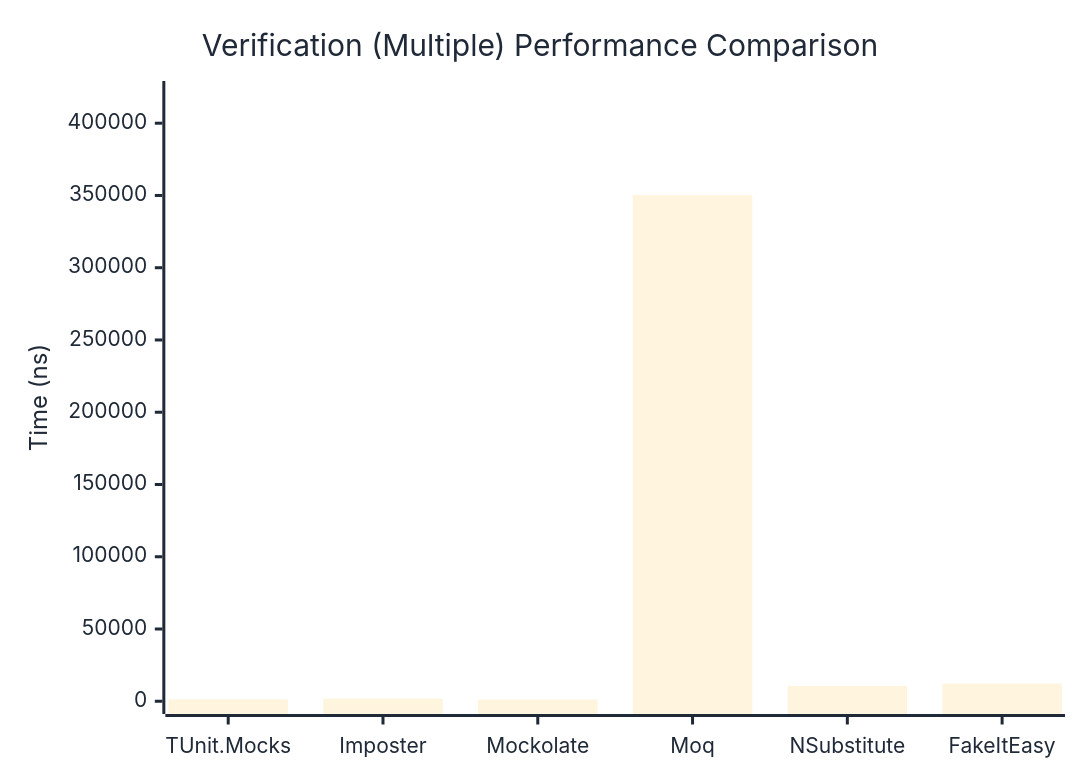
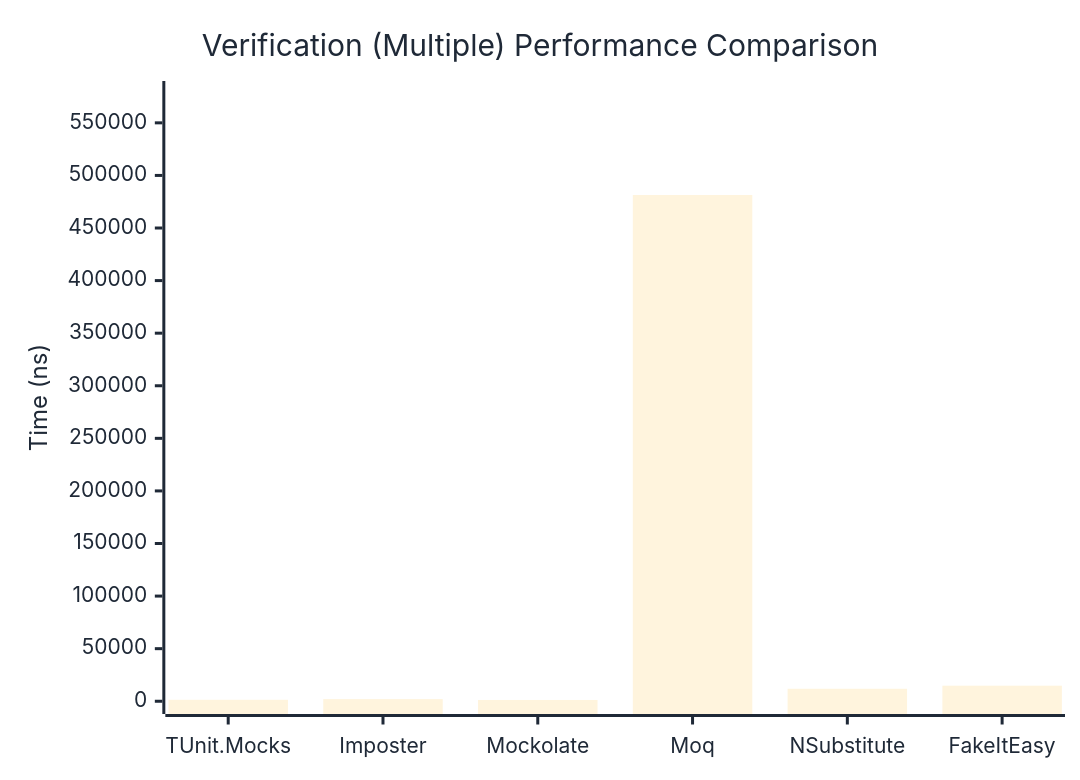
One commit to thomhurst/TUnit changed the third of 3 diagrams in docs/docs/benchmarks/mocks/Verification.md. Above: the diagram before and after it, drawn with Mermaid. The commit also changed other lines of this file and 14 other files, not shown here.

````diff
--- a/docs/docs/benchmarks/mocks/Verification.md
+++ b/docs/docs/benchmarks/mocks/Verification.md
@@ -112,27 +112,27 @@
 ```mermaid
 %%{init: {
   'theme':'base',
   'themeVariables': {
     'primaryColor': '#2563eb',
     'primaryTextColor': '#1f2937',
     'primaryBorderColor': '#1e40af',
     'lineColor': '#6b7280',
     'secondaryColor': '#7c3aed',
     'tertiaryColor': '#dc2626',
     'background': '#ffffff',
     'pie1': '#2563eb',
     'pie2': '#7c3aed',
     'pie3': '#dc2626',
     'pie4': '#f59e0b',
     'pie5': '#10b981',
     'pie6': '#06b6d4',
     'pie7': '#ec4899',
     'pie8': '#6366f1'
   }
 }}%%
 xychart-beta
   title "Verification (Multiple) Performance Comparison"
   x-axis ["TUnit.Mocks", "Imposter", "Mockolate", "Moq", "NSubstitute", "FakeItEasy"]
-  y-axis "Time (ns)" 0 --> 420384
-  bar [1368.56, 1778.97, 1201.1, 350319.85, 10652.32, 12219.41]
+  y-axis "Time (ns)" 0 --> 577669
+  bar [1398.25, 2037.6, 1220.38, 481390.63, 11874.03, 14800.58]
 ```
````
